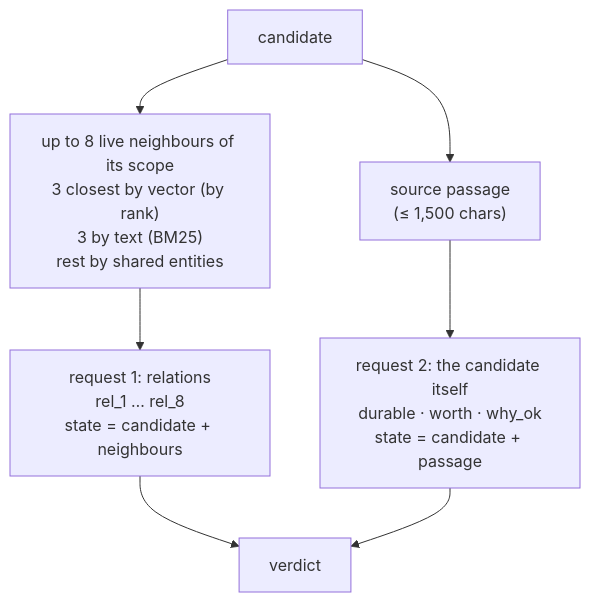
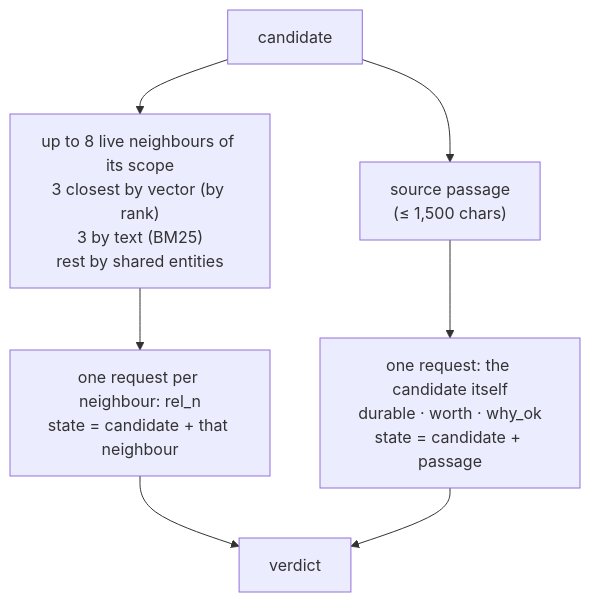
The first of 4 diagrams in docs/judge.md (mariojcr/mnemo), drawn with Mermaid before and after one commit. The commit also changed other lines of this file and 13 other files, not shown here.

````diff
--- a/docs/judge.md
+++ b/docs/judge.md
@@ -32,8 +32,8 @@
 ```mermaid
 flowchart TB
     C["candidate"] --> N["up to 8 live neighbours of its scope<br/>3 closest by vector (by rank)<br/>3 by text (BM25)<br/>rest by shared entities"]
     C --> S["source passage<br/>(≤ 1,500 chars)"]
-    N --> R1["request 1: relations<br/>rel_1 … rel_8<br/>state = candidate + neighbours"]
-    S --> R2["request 2: the candidate itself<br/>durable · worth · why_ok<br/>state = candidate + passage"]
+    N --> R1["one request per neighbour: rel_n<br/>state = candidate + that neighbour"]
+    S --> R2["one request: the candidate itself<br/>durable · worth · why_ok<br/>state = candidate + passage"]
     R1 & R2 --> V["verdict"]
 ```
````
